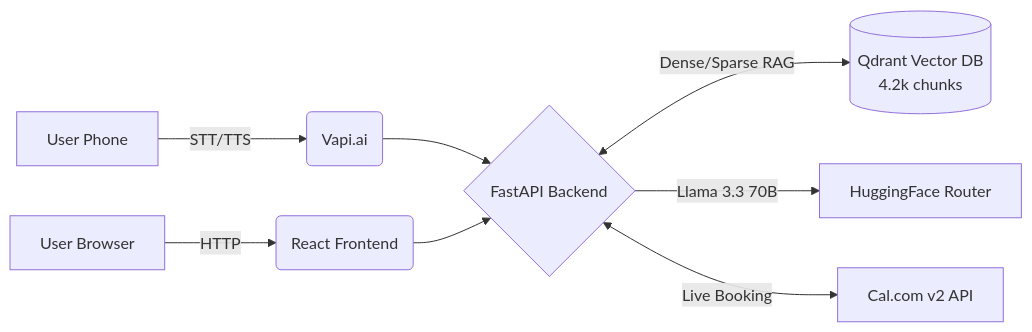
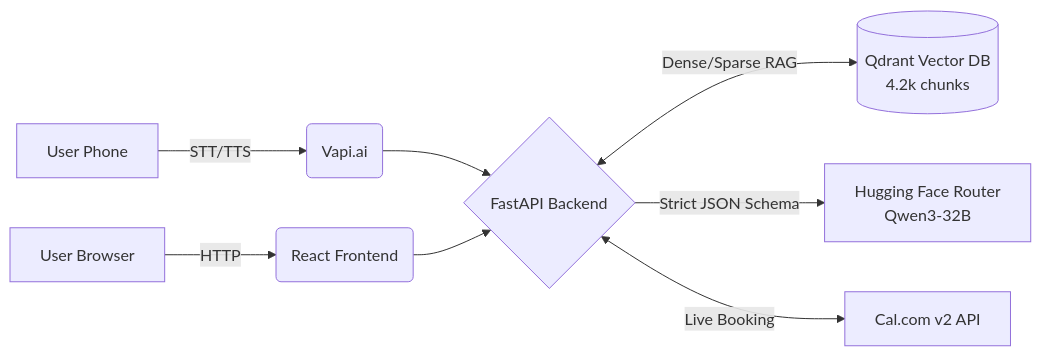
The diagram in README.md (Raghavendra1729-cell/Diablo), drawn with Mermaid before and after one commit. The commit also changed other lines of this file and 17 other files, not shown here.

````diff
--- a/README.md
+++ b/README.md
@@ -40,10 +41,10 @@
 ```mermaid
 graph LR
     A[User Phone] -->|STT/TTS| B(Vapi.ai)
     C[User Browser] -->|HTTP| D(React Frontend)
     B --> E{FastAPI Backend}
     D --> E
     E <-->|Dense/Sparse RAG| F[(Qdrant Vector DB<br>4.2k chunks)]
-    E -->|Llama 3.3 70B| G[HuggingFace Router]
+    E -->|Strict JSON Schema| G[Hugging Face Router<br>Qwen3-32B]
     E <-->|Live Booking| H[Cal.com v2 API]
 ```
````
